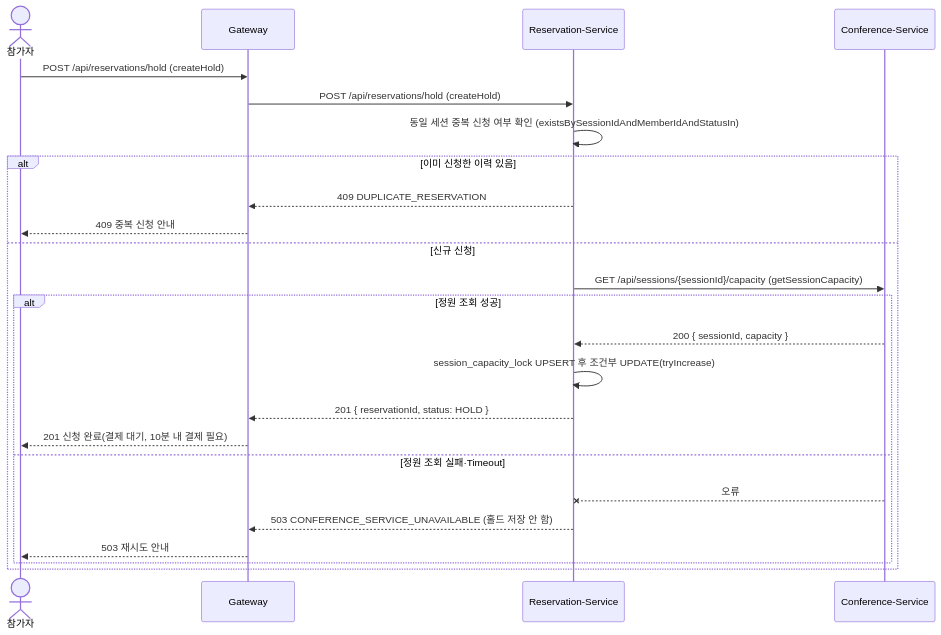
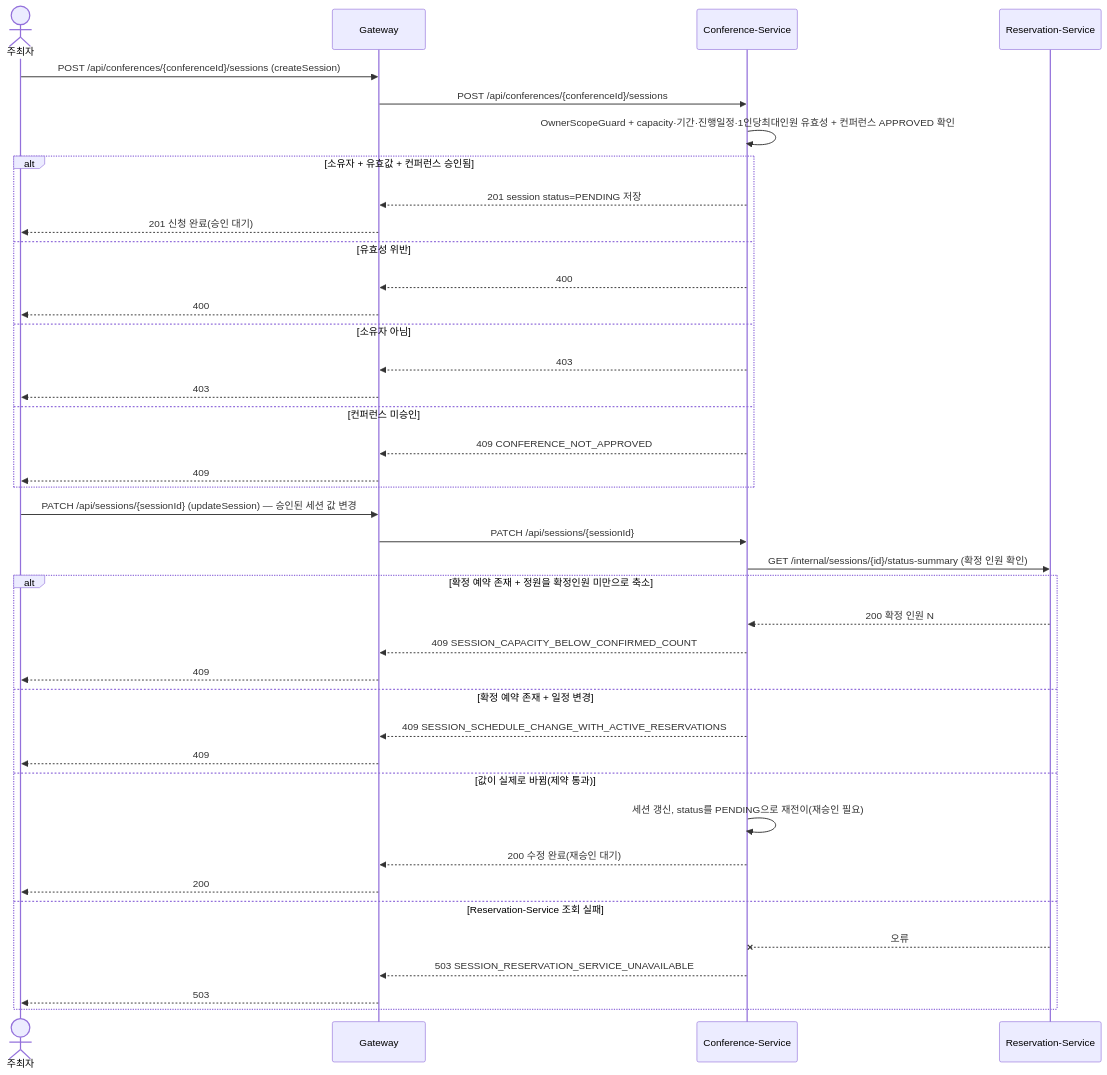
Diagram 15 of 30 in docs/시퀀스.md (likelion-backend-24th/Final-Project-Team3), drawn with Mermaid before and after one commit. The commit also changed other lines of this file and 4 other files, not shown here.

````diff
--- a/docs/시퀀스.md
+++ b/docs/시퀀스.md
@@ -233,26 +407,42 @@
 ```mermaid
 sequenceDiagram
-    actor P as 참가자
+    actor O as 주최자
     participant G as Gateway
+    participant CS as Conference-Service
     participant RS as Reservation-Service
-    participant CS as Conference-Service
-    P->>G: POST /api/reservations/hold (createHold)
-    G->>RS: POST /api/reservations/hold (createHold)
-    RS->>RS: 동일 세션 중복 신청 여부 확인 (existsBySessionIdAndMemberIdAndStatusIn)
-    alt 이미 신청한 이력 있음
-        RS-->>G: 409 DUPLICATE_RESERVATION
-        G-->>P: 409 중복 신청 안내
-    else 신규 신청
-        RS->>CS: GET /api/sessions/{sessionId}/capacity (getSessionCapacity)
-        alt 정원 조회 성공
-            CS-->>RS: 200 { sessionId, capacity }
-            RS->>RS: session_capacity_lock UPSERT 후 조건부 UPDATE(tryIncrease)
-            RS-->>G: 201 { reservationId, status: HOLD }
-            G-->>P: 201 신청 완료(결제 대기, 10분 내 결제 필요)
-        else 정원 조회 실패·Timeout
-            CS--xRS: 오류
-            RS-->>G: 503 CONFERENCE_SERVICE_UNAVAILABLE (홀드 저장 안 함)
-            G-->>P: 503 재시도 안내
-        end
+    O->>G: POST /api/conferences/{conferenceId}/sessions (createSession)
+    G->>CS: POST /api/conferences/{conferenceId}/sessions
+    CS->>CS: OwnerScopeGuard + capacity·기간·진행일정·1인당최대인원 유효성 + 컨퍼런스 APPROVED 확인
+    alt 소유자 + 유효값 + 컨퍼런스 승인됨
+        CS-->>G: 201 session status=PENDING 저장
+        G-->>O: 201 신청 완료(승인 대기)
+    else 유효성 위반
+        CS-->>G: 400
+        G-->>O: 400
+    else 소유자 아님
+        CS-->>G: 403
+        G-->>O: 403
+    else 컨퍼런스 미승인
+        CS-->>G: 409 CONFERENCE_NOT_APPROVED
+        G-->>O: 409
+    end
+    O->>G: PATCH /api/sessions/{sessionId} (updateSession) — 승인된 세션 값 변경
+    G->>CS: PATCH /api/sessions/{sessionId}
+    CS->>RS: GET /internal/sessions/{id}/status-summary (확정 인원 확인)
+    alt 확정 예약 존재 + 정원을 확정인원 미만으로 축소
+        RS-->>CS: 200 확정 인원 N
+        CS-->>G: 409 SESSION_CAPACITY_BELOW_CONFIRMED_COUNT
+        G-->>O: 409
+    else 확정 예약 존재 + 일정 변경
+        CS-->>G: 409 SESSION_SCHEDULE_CHANGE_WITH_ACTIVE_RESERVATIONS
+        G-->>O: 409
+    else 값이 실제로 바뀜(제약 통과)
+        CS->>CS: 세션 갱신, status를 PENDING으로 재전이(재승인 필요)
+        CS-->>G: 200 수정 완료(재승인 대기)
+        G-->>O: 200
+    else Reservation-Service 조회 실패
+        RS--xCS: 오류
+        CS-->>G: 503 SESSION_RESERVATION_SERVICE_UNAVAILABLE
+        G-->>O: 503
     end
 ```
````
